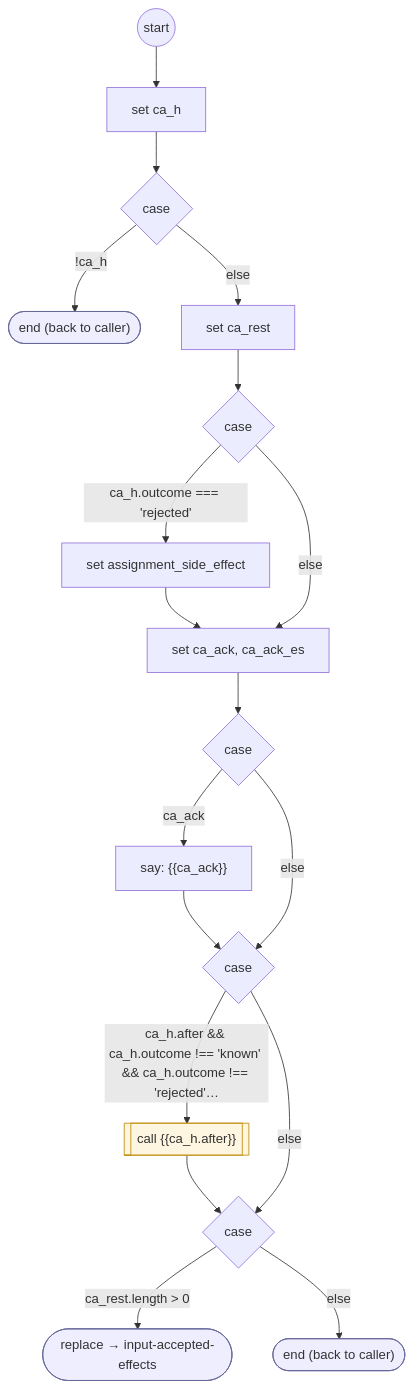
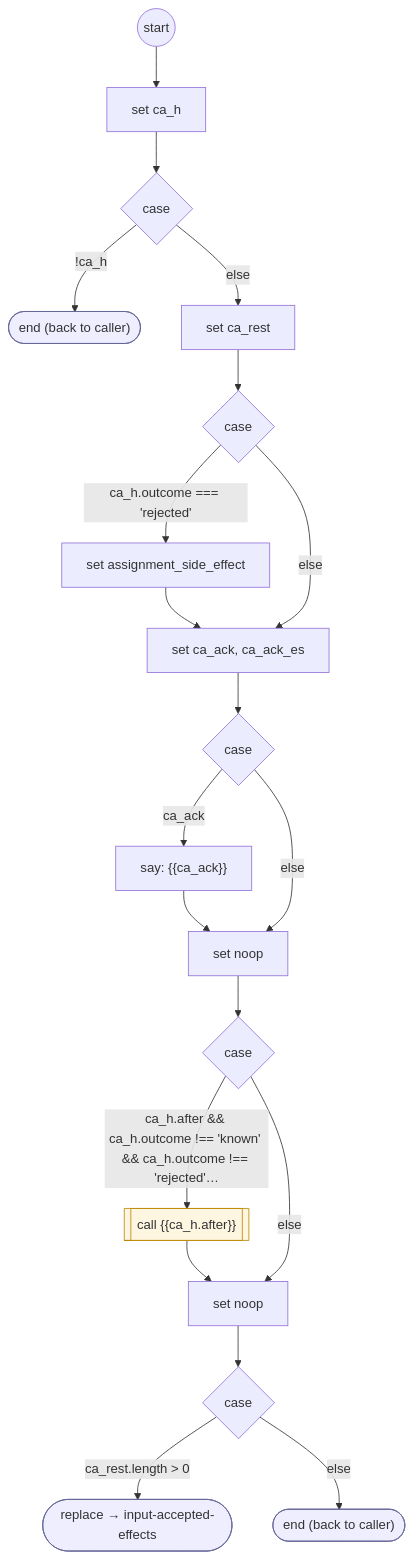
One commit to ronpinkas/jsfe changed the diagram in docs/flows/system/input-accepted-effects.md. Above: the diagram before and after it, drawn with Mermaid. The commit also changed other lines of this file and 15 other files, not shown here.

````diff
--- a/docs/flows/system/input-accepted-effects.md
+++ b/docs/flows/system/input-accepted-effects.md
@@ -16,43 +16,47 @@
 ```mermaid
 flowchart TD
    START(("start"))
    n0["set ca_h"]
    START --> n0
    c1{"case"}
    n0 --> c1
    b2(["end (back to caller)"])
    class b2 endstep
    c1 -- "!ca_h" --> b2
    n3["set ca_rest"]
    c1 -- "else" --> n3
    c4{"case"}
    n3 --> c4
    b5["set assignment_side_effect"]
    c4 -- "ca_h.outcome === 'rejected'" --> b5
    n6["set ca_ack, ca_ack_es"]
    b5 --> n6
    c4 -- "else" --> n6
    c7{"case"}
    n6 --> c7
    b8["say: #123;#123;ca_ack#125;#125;"]
    c7 -- "ca_ack" --> b8
-   c9{"case"}
-   b8 --> c9
-   c7 -- "else" --> c9
-   b10[["call #123;#123;ca_h.after#125;#125;"]]
-   class b10 flowstep
-   c9 -- "ca_h.after && ca_h.outcome !== 'known' && ca_h.outcome !== 'rejected'…" --> b10
-   c11{"case"}
-   b10 --> c11
-   c9 -- "else" --> c11
-   b12(["replace → input-accepted-effects"])
-   class b12 endstep
-   c11 -- "ca_rest.length #gt; 0" --> b12
+   n9["set noop"]
+   b8 --> n9
+   c7 -- "else" --> n9
+   c10{"case"}
+   n9 --> c10
+   b11[["call #123;#123;ca_h.after#125;#125;"]]
+   class b11 flowstep
+   c10 -- "ca_h.after && ca_h.outcome !== 'known' && ca_h.outcome !== 'rejected'…" --> b11
+   n12["set noop"]
+   b11 --> n12
+   c10 -- "else" --> n12
+   c13{"case"}
+   n12 --> c13
+   b14(["replace → input-accepted-effects"])
+   class b14 endstep
+   c13 -- "ca_rest.length #gt; 0" --> b14
    DONE(["end (back to caller)"])
    class DONE endstep
-   c11 -- "else" --> DONE
+   c13 -- "else" --> DONE
    classDef endstep fill:#eef,stroke:#669
    classDef toolstep fill:#efe,stroke:#696
    classDef flowstep fill:#fef6e0,stroke:#b80
    classDef inputstep fill:#f3eefc,stroke:#75a
 ```
````
